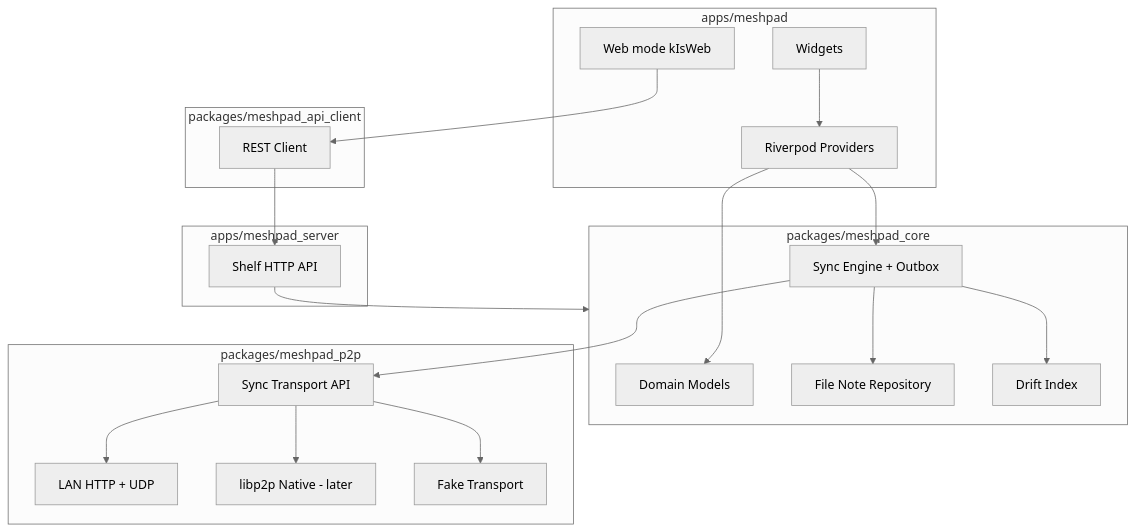
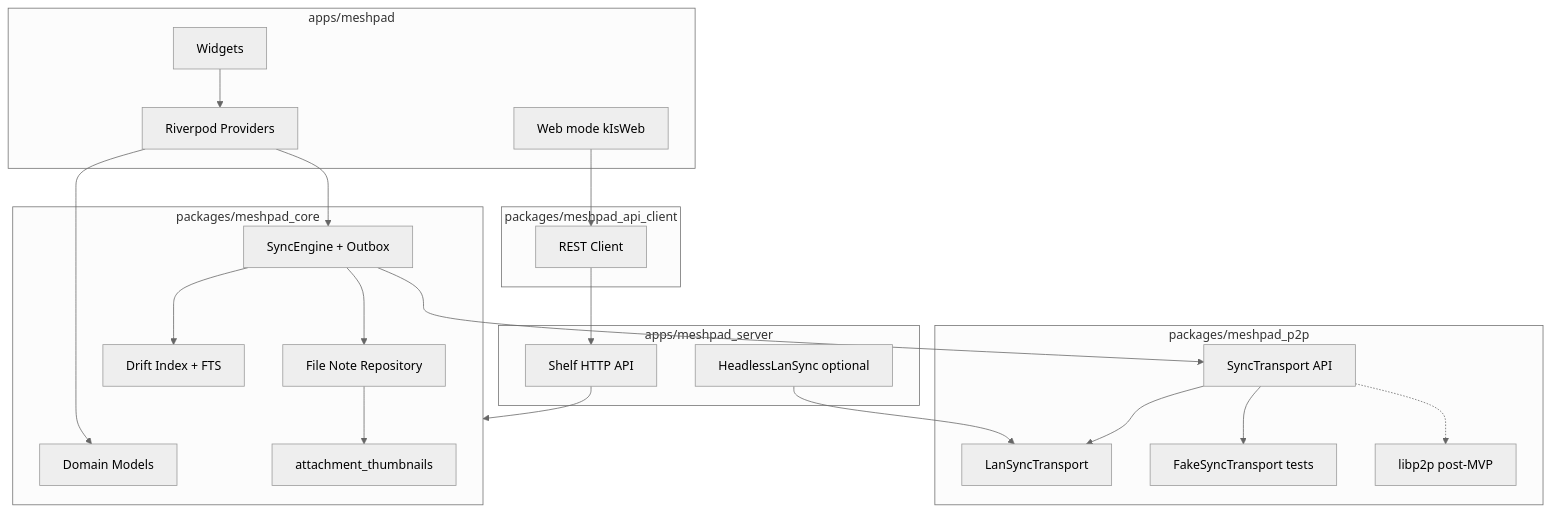
Before and after one commit to Jawerka/MeshPad: the diagram in docs/ARCHITECTURE.md, drawn with Mermaid (neutral theme). The commit also changed other lines of this file and 31 other files, not shown here.

````diff
--- a/docs/ARCHITECTURE.md
+++ b/docs/ARCHITECTURE.md
@@ -5,38 +7,42 @@
 ```mermaid
 flowchart TB
   subgraph ui [apps/meshpad]
     Widgets[Widgets]
     Providers[Riverpod Providers]
     WebMode[Web mode kIsWeb]
   end
   subgraph api [packages/meshpad_api_client]
     HttpClient[REST Client]
   end
   subgraph server [apps/meshpad_server]
     HttpApi[Shelf HTTP API]
+    HeadlessP2p[HeadlessLanSync optional]
   end
   subgraph core [packages/meshpad_core]
     Domain[Domain Models]
     FS[File Note Repository]
-    DB[Drift Index]
-    Sync[Sync Engine + Outbox]
+    DB[Drift Index + FTS]
+    Sync[SyncEngine + Outbox]
+    Thumbs[attachment_thumbnails]
   end
   subgraph p2p [packages/meshpad_p2p]
-    Transport[Sync Transport API]
-    Lan[LAN HTTP + UDP]
-    Native[libp2p Native - later]
-    Fake[Fake Transport]
+    Transport[SyncTransport API]
+    Lan[LanSyncTransport]
+    Fake[FakeSyncTransport tests]
+    Native[libp2p post-MVP]
   end
   Widgets --> Providers
   WebMode --> HttpClient
   HttpClient --> HttpApi
   HttpApi --> core
+  HeadlessP2p --> Lan
   Providers --> Domain
   Providers --> Sync
   Sync --> FS
   Sync --> DB
+  FS --> Thumbs
   Sync --> Transport
   Transport --> Lan
   Transport --> Fake
-  Transport --> Native
+  Transport -.-> Native
 ```
````
